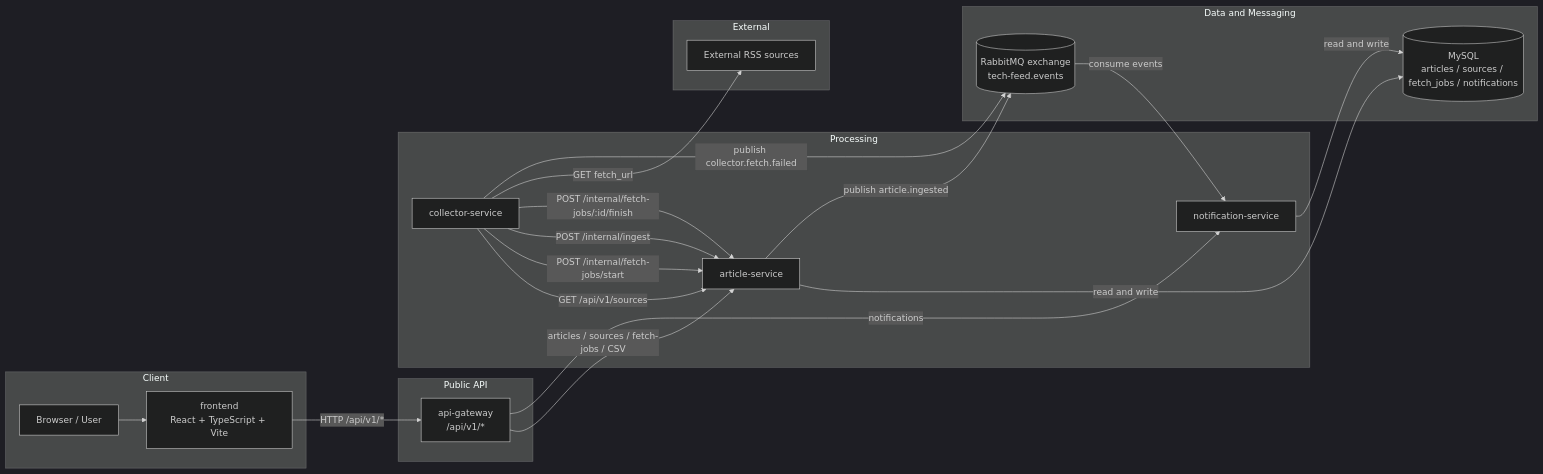
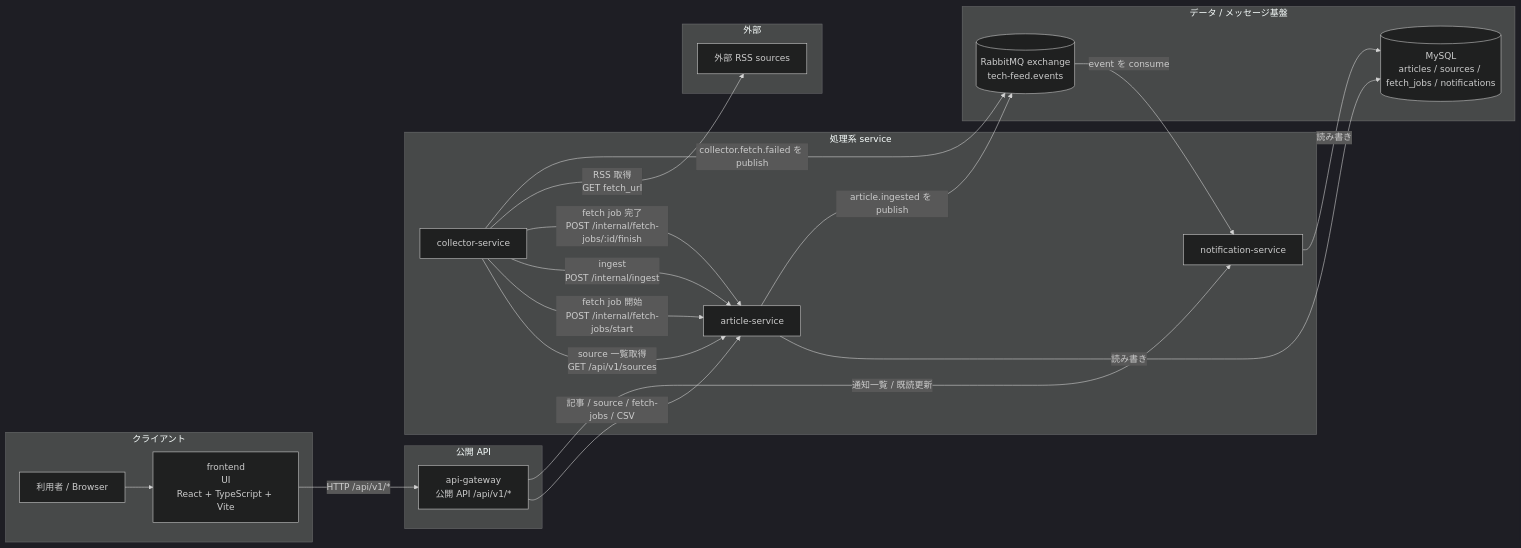
The diagram in docs/diagrams/system-overview.md (syuhei0519/tech-news-hub), drawn with Mermaid (dark theme) before and after one commit. The commit also changed 2 other files, not shown here.

Commit message:
docs: Mermaid 図の日本語表記を調整

````diff
--- a/docs/diagrams/system-overview.md
+++ b/docs/diagrams/system-overview.md
@@ -6,44 +6,44 @@
 ```mermaid
 flowchart LR
-  subgraph Client
-    user[Browser / User]
-    frontend[frontend<br/>React + TypeScript + Vite]
+  subgraph Client[クライアント]
+    user[利用者 / Browser]
+    frontend[frontend<br/>UI<br/>React + TypeScript + Vite]
   end
 
-  subgraph Public_API[Public API]
-    gateway[api-gateway<br/>/api/v1/*]
+  subgraph Public_API[公開 API]
+    gateway[api-gateway<br/>公開 API /api/v1/*]
   end
 
-  subgraph Processing
+  subgraph Processing[処理系 service]
     article[article-service]
     collector[collector-service]
     notification[notification-service]
   end
 
-  subgraph Data_Messaging[Data and Messaging]
+  subgraph Data_Messaging[データ / メッセージ基盤]
     mysql[(MySQL<br/>articles / sources / fetch_jobs / notifications)]
     rabbit[(RabbitMQ exchange<br/>tech-feed.events)]
   end
 
-  subgraph External
-    rss[External RSS sources]
+  subgraph External[外部]
+    rss[外部 RSS sources]
   end
 
   user --> frontend
   frontend -->|HTTP /api/v1/*| gateway
-  gateway -->|articles / sources / fetch-jobs / CSV| article
-  gateway -->|notifications| notification
+  gateway -->|記事 / source / fetch-jobs / CSV| article
+  gateway -->|通知一覧 / 既読更新| notification
 
-  collector -->|GET /api/v1/sources| article
-  collector -->|POST /internal/fetch-jobs/start| article
-  collector -->|POST /internal/ingest| article
-  collector -->|POST /internal/fetch-jobs/:id/finish| article
-  collector -->|GET fetch_url| rss
+  collector -->|source 一覧取得<br/>GET /api/v1/sources| article
+  collector -->|fetch job 開始<br/>POST /internal/fetch-jobs/start| article
+  collector -->|ingest<br/>POST /internal/ingest| article
+  collector -->|fetch job 完了<br/>POST /internal/fetch-jobs/:id/finish| article
+  collector -->|RSS 取得<br/>GET fetch_url| rss
 
-  article -->|read and write| mysql
-  notification -->|read and write| mysql
+  article -->|読み書き| mysql
+  notification -->|読み書き| mysql
 
-  article -->|publish article.ingested| rabbit
-  collector -->|publish collector.fetch.failed| rabbit
-  rabbit -->|consume events| notification
+  article -->|article.ingested を publish| rabbit
+  collector -->|collector.fetch.failed を publish| rabbit
+  rabbit -->|event を consume| notification
 ```
````
